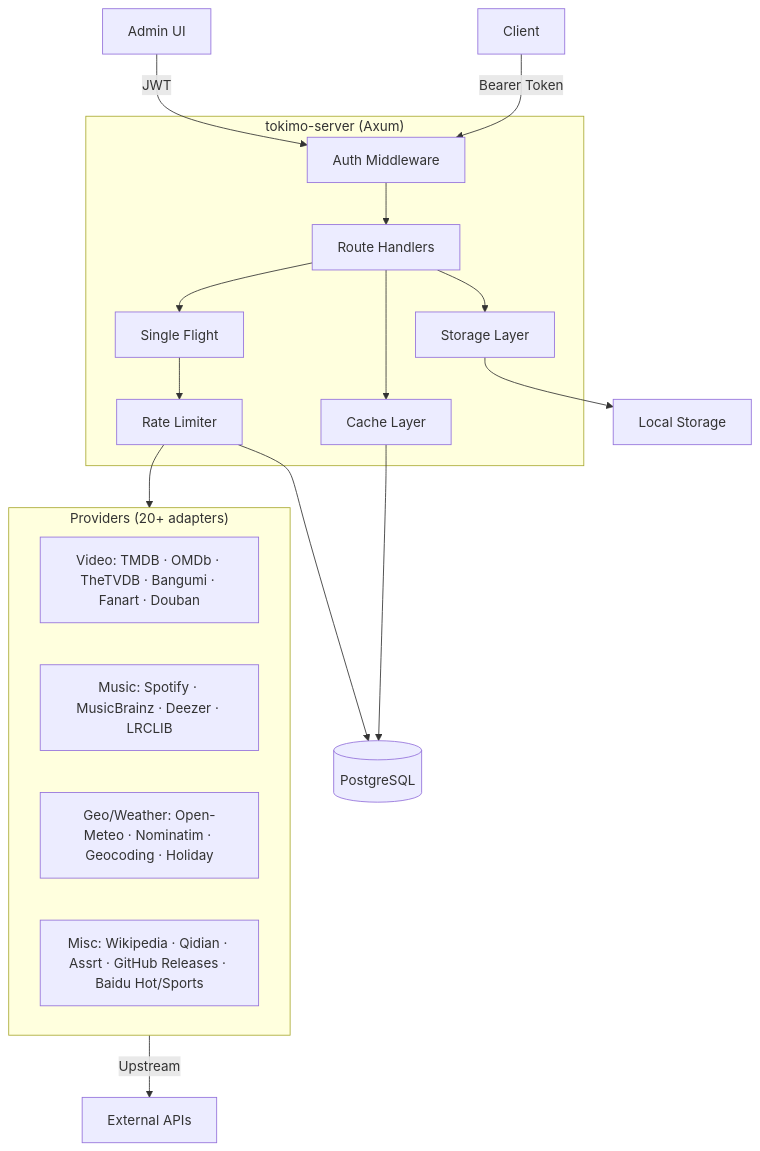
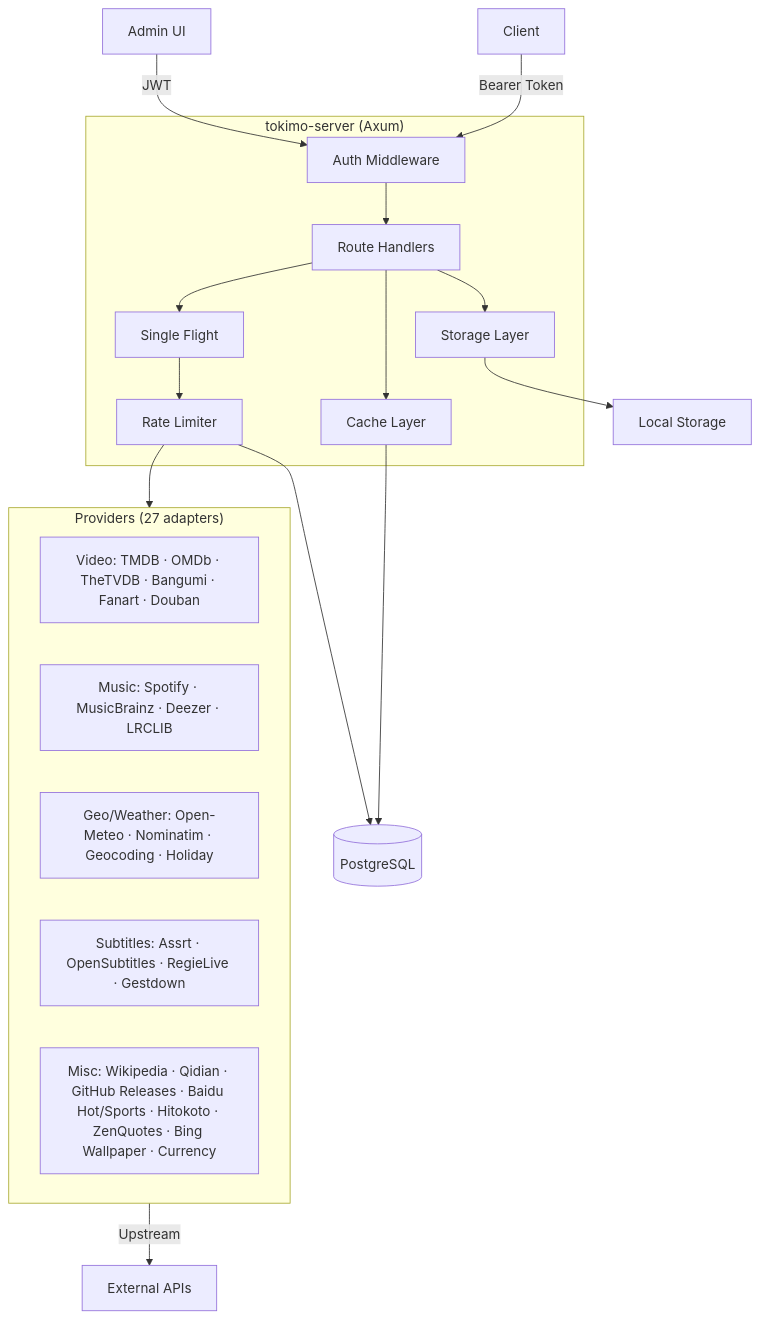
Before and after one commit to tokimo-lab/tokimo-server: the diagram in README.md, drawn with Mermaid. The commit also changed other lines of this file and 1 other file, not shown here.

````diff
--- a/README.md
+++ b/README.md
@@ -25,37 +25,38 @@
 ```mermaid
 graph TB
     Client[Client]
     Admin[Admin UI]
     
     subgraph Server["tokimo-server (Axum)"]
         Auth[Auth Middleware]
         Routes[Route Handlers]
         SF[Single Flight]
         RL[Rate Limiter]
         Cache[Cache Layer]
         Storage[Storage Layer]
     end
     
-    subgraph Providers["Providers (20+ adapters)"]
+    subgraph Providers["Providers (27 adapters)"]
         Video[Video: TMDB · OMDb · TheTVDB · Bangumi · Fanart · Douban]
         Music[Music: Spotify · MusicBrainz · Deezer · LRCLIB]
         Geo[Geo/Weather: Open-Meteo · Nominatim · Geocoding · Holiday]
-        Misc[Misc: Wikipedia · Qidian · Assrt · GitHub Releases · Baidu Hot/Sports]
+        Subs[Subtitles: Assrt · OpenSubtitles · RegieLive · Gestdown]
+        Misc[Misc: Wikipedia · Qidian · GitHub Releases · Baidu Hot/Sports · Hitokoto · ZenQuotes · Bing Wallpaper · Currency]
     end
     
     DB[(PostgreSQL)]
     FS[Local Storage]
     
     Client -->|Bearer Token| Auth
     Admin -->|JWT| Auth
     Auth --> Routes
     Routes --> SF
     SF --> RL
     RL --> Providers
     Routes --> Cache
     Routes --> Storage
     Cache --> DB
     RL --> DB
     Storage --> FS
     Providers -->|Upstream| External[External APIs]
 ```
````
